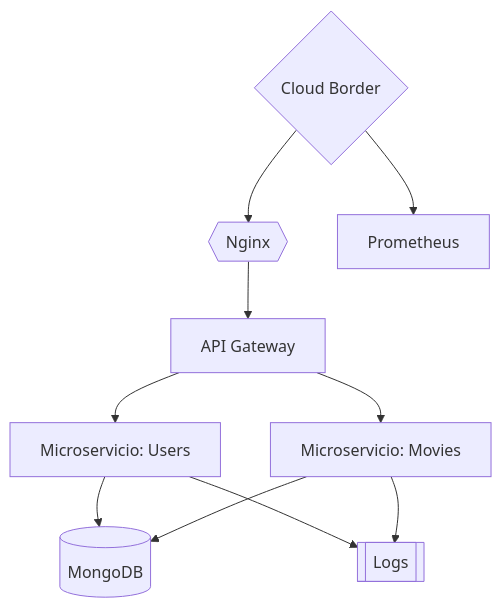
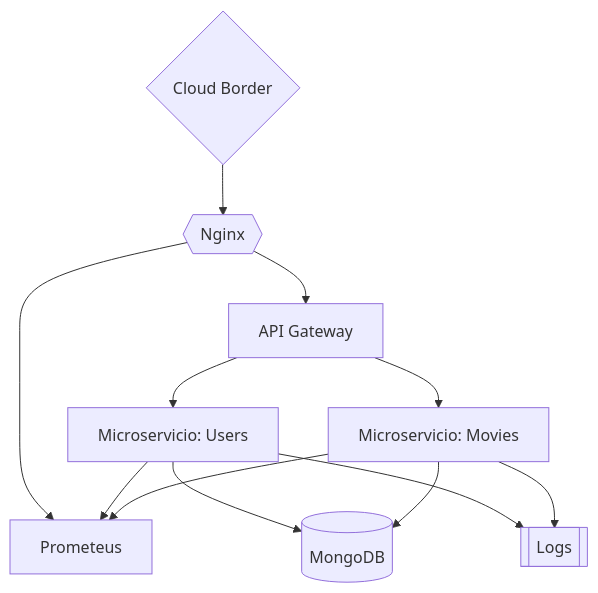
One commit to imeshinnovation/proyecto_ddd changed the first of 2 diagrams in README.md. Above: the diagram before and after it, drawn with Mermaid.

Commit message:
Update repo

````diff
--- a/README.md
+++ b/README.md
@@ -24,13 +24,15 @@
 ```mermaid
 graph TD
     A{Cloud Border}
     A --> B{{Nginx}}
-    A --> C[Prometheus]
+    B --> C[Prometheus]
     B --> D[API Gateway]
     D --> E[Microservicio: Users]
     D --> F[Microservicio: Movies]
+    E --> C[Prometeus]
+    F --> C[Prometeus]
     E --> G[(MongoDB)]
     F --> G[(MongoDB)]
     E --> H[[Logs]]
     F --> H[[Logs]]
 ```
````
